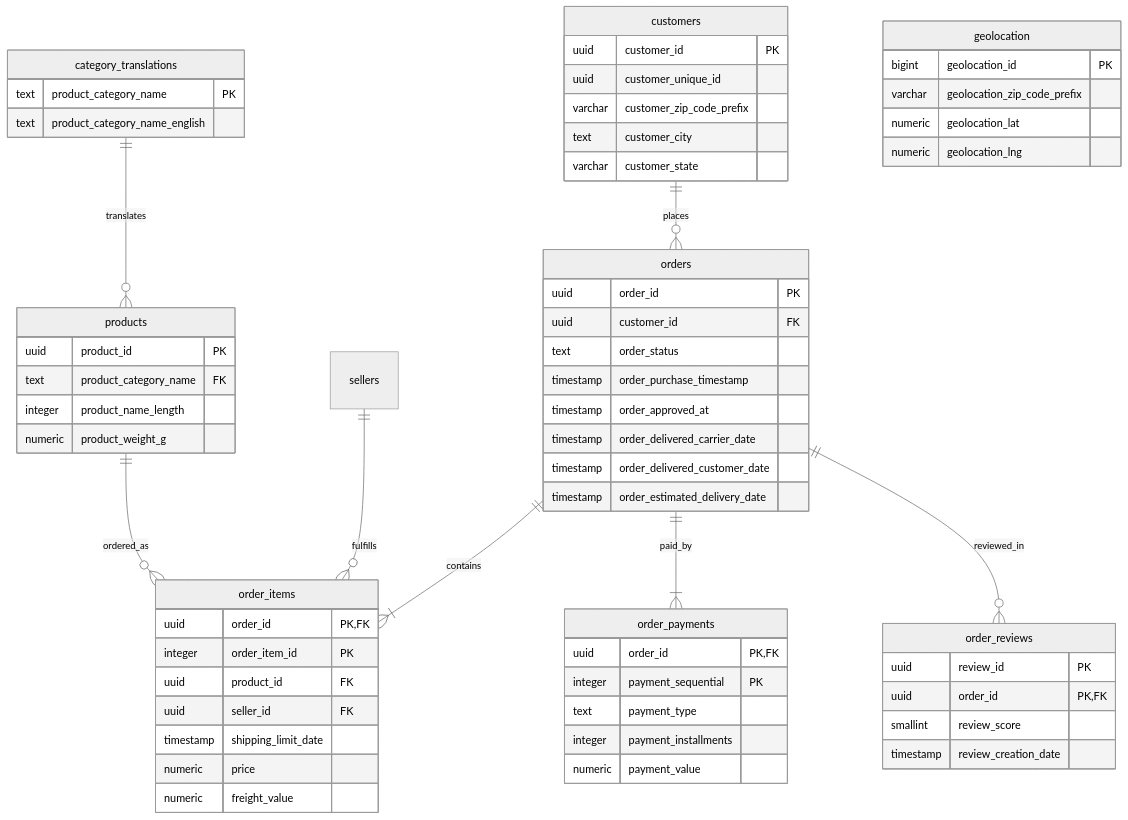
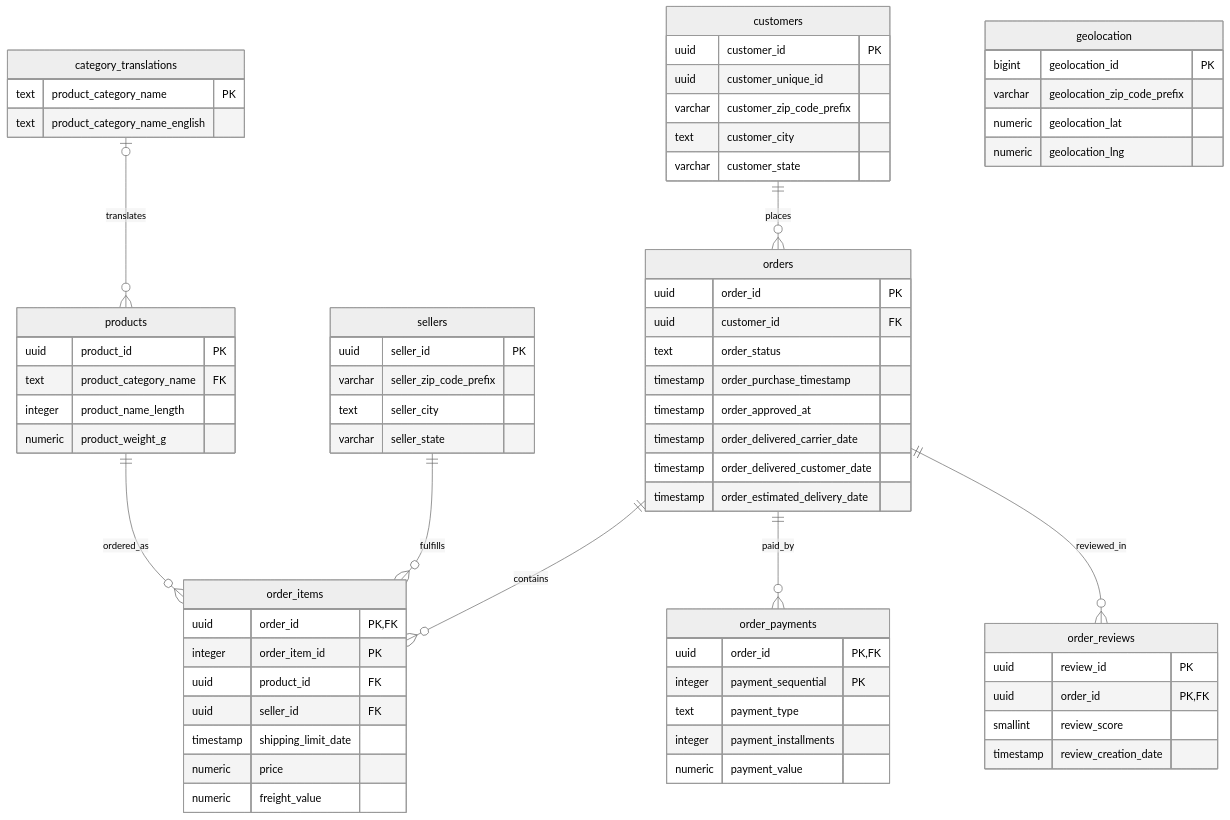
The first of 2 diagrams in part2/stage-2-database-performance/STAGE2_EXPLAINED.md (Parsa-Rajaee/Challenge_S3_FTI), drawn with Mermaid (neutral theme) before and after one commit. The commit also changed other lines of this file and 3 other files, not shown here.

````diff
--- a/part2/stage-2-database-performance/STAGE2_EXPLAINED.md
+++ b/part2/stage-2-database-performance/STAGE2_EXPLAINED.md
@@ -29,73 +31,80 @@
 ```mermaid
 erDiagram
     customers ||--o{ orders : places
-    orders ||--|{ order_items : contains
-    orders ||--|{ order_payments : paid_by
+    orders ||--o{ order_items : contains
+    orders ||--o{ order_payments : paid_by
     orders ||--o{ order_reviews : reviewed_in
     sellers ||--o{ order_items : fulfills
     products ||--o{ order_items : ordered_as
-    category_translations ||--o{ products : translates
+    category_translations |o--o{ products : translates
 
     customers {
         uuid customer_id PK
         uuid customer_unique_id
         varchar customer_zip_code_prefix
         text customer_city
         varchar customer_state
+    }
+
+    sellers {
+        uuid seller_id PK
+        varchar seller_zip_code_prefix
+        text seller_city
+        varchar seller_state
     }
 
     orders {
         uuid order_id PK
         uuid customer_id FK
         text order_status
         timestamp order_purchase_timestamp
         timestamp order_approved_at
         timestamp order_delivered_carrier_date
         timestamp order_delivered_customer_date
         timestamp order_estimated_delivery_date
     }
 
     order_items {
         uuid order_id PK,FK
         integer order_item_id PK
         uuid product_id FK
         uuid seller_id FK
         timestamp shipping_limit_date
         numeric price
         numeric freight_value
     }
 
     products {
         uuid product_id PK
         text product_category_name FK
         integer product_name_length
         numeric product_weight_g
     }
 
     category_translations {
         text product_category_name PK
         text product_category_name_english
     }
 
     order_payments {
         uuid order_id PK,FK
         integer payment_sequential PK
         text payment_type
         integer payment_installments
         numeric payment_value
     }
 
     order_reviews {
         uuid review_id PK
         uuid order_id PK,FK
         smallint review_score
         timestamp review_creation_date
     }
 
     geolocation {
         bigint geolocation_id PK
         varchar geolocation_zip_code_prefix
         numeric geolocation_lat
         numeric geolocation_lng
     }
 ```
````
